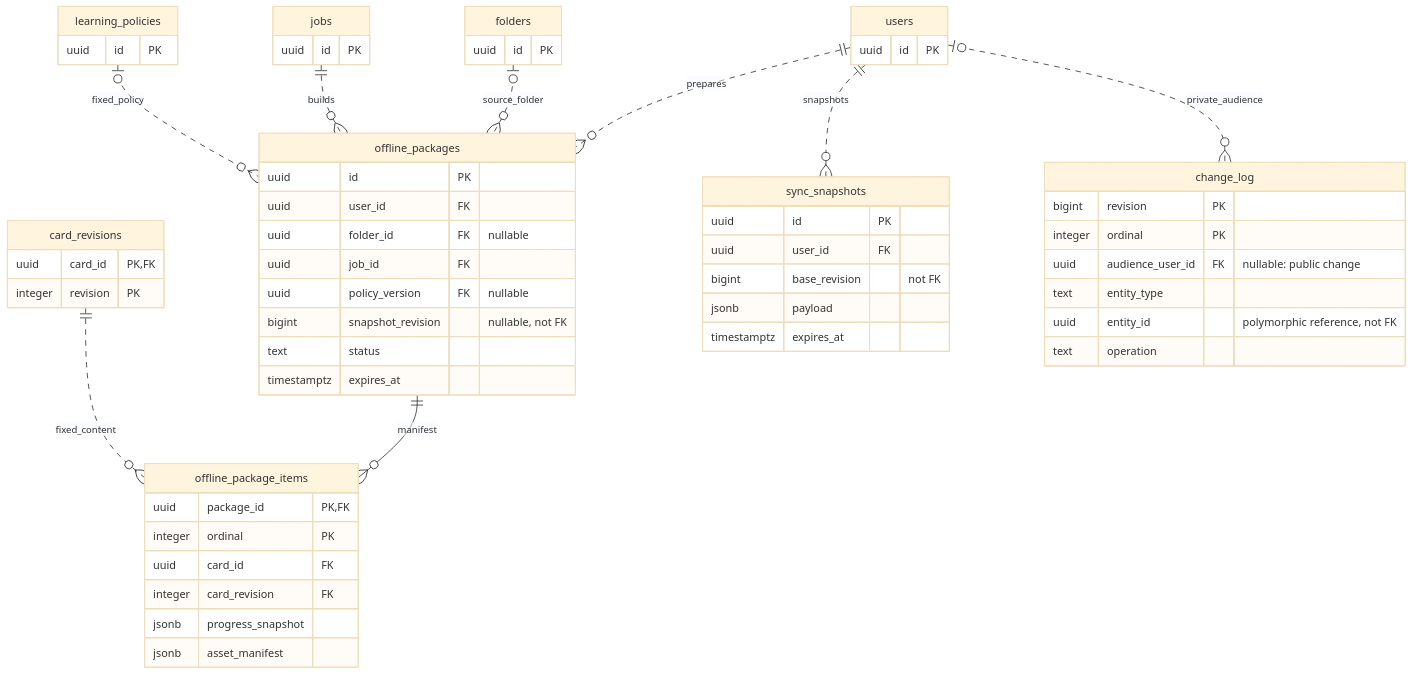
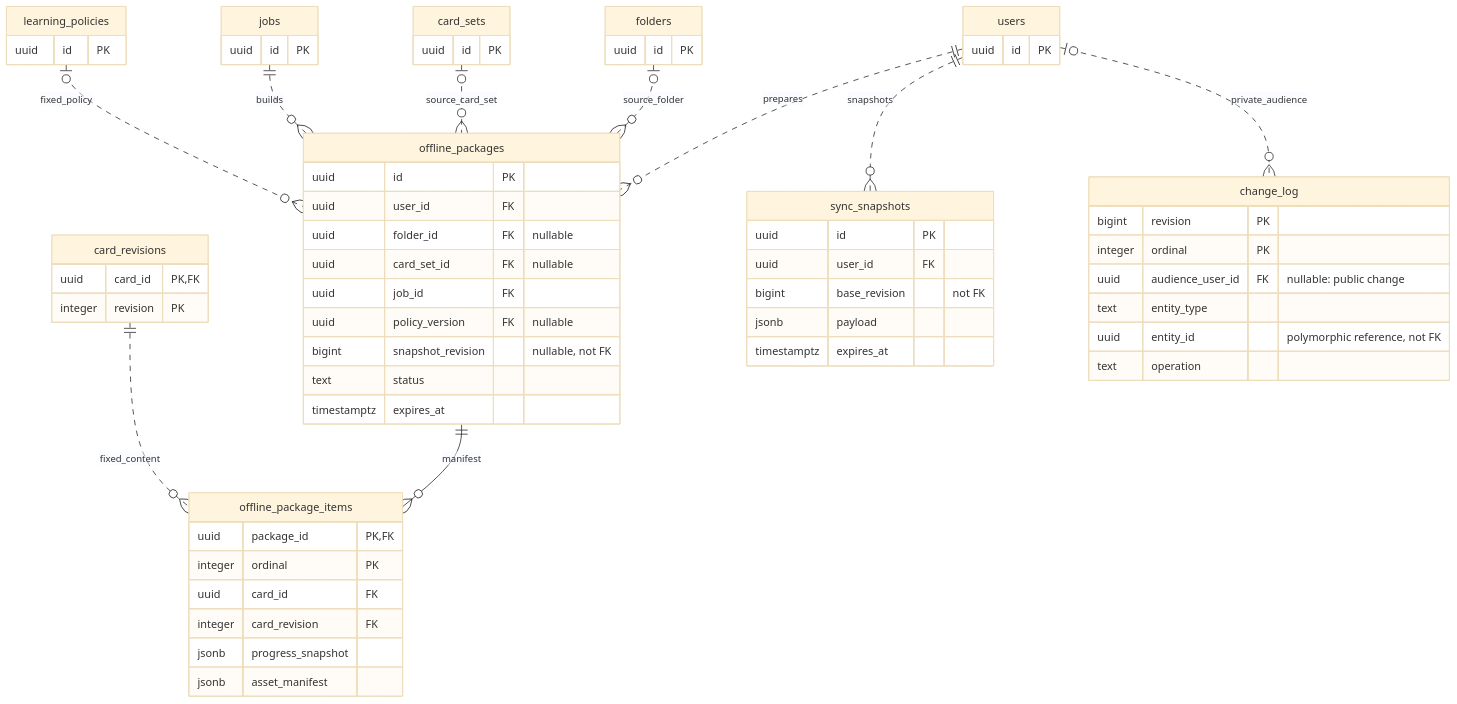
The eighth of 9 diagrams in doc/database-er.md (flairgc/kompotik), drawn with Mermaid (base theme) before and after one commit. The commit also changed other lines of this file and 6 other files, not shown here.

````diff
--- a/doc/database-er.md
+++ b/doc/database-er.md
@@ -500,61 +514,66 @@
 ```mermaid
 erDiagram
     users["users"] {
         uuid id PK
     }
     folders["folders"] {
         uuid id PK
     }
     jobs["jobs"] {
         uuid id PK
     }
     learningPolicies["learning_policies"] {
         uuid id PK
     }
     offlinePackages["offline_packages"] {
         uuid id PK
         uuid user_id FK
         uuid folder_id FK "nullable"
+        uuid card_set_id FK "nullable"
         uuid job_id FK
         uuid policy_version FK "nullable"
         bigint snapshot_revision "nullable, not FK"
         text status
         timestamptz expires_at
     }
     offlinePackageItems["offline_package_items"] {
         uuid package_id PK, FK
         integer ordinal PK
         uuid card_id FK
         integer card_revision FK
         jsonb progress_snapshot
         jsonb asset_manifest
     }
     cardRevisions["card_revisions"] {
         uuid card_id PK, FK
         integer revision PK
     }
     syncSnapshots["sync_snapshots"] {
         uuid id PK
         uuid user_id FK
         bigint base_revision "not FK"
         jsonb payload
         timestamptz expires_at
     }
     changeLog["change_log"] {
         bigint revision PK
         integer ordinal PK
         uuid audience_user_id FK "nullable: public change"
         text entity_type
         uuid entity_id "polymorphic reference, not FK"
         text operation
     }
 
     users ||..o{ offlinePackages : prepares
+    cardSets["card_sets"] {
+        uuid id PK
+    }
     folders |o..o{ offlinePackages : source_folder
+    cardSets |o..o{ offlinePackages : source_card_set
     jobs ||..o{ offlinePackages : builds
     learningPolicies |o..o{ offlinePackages : fixed_policy
     offlinePackages ||--o{ offlinePackageItems : manifest
     cardRevisions ||..o{ offlinePackageItems : fixed_content
     users ||..o{ syncSnapshots : snapshots
     users |o..o{ changeLog : private_audience
 ```
````
